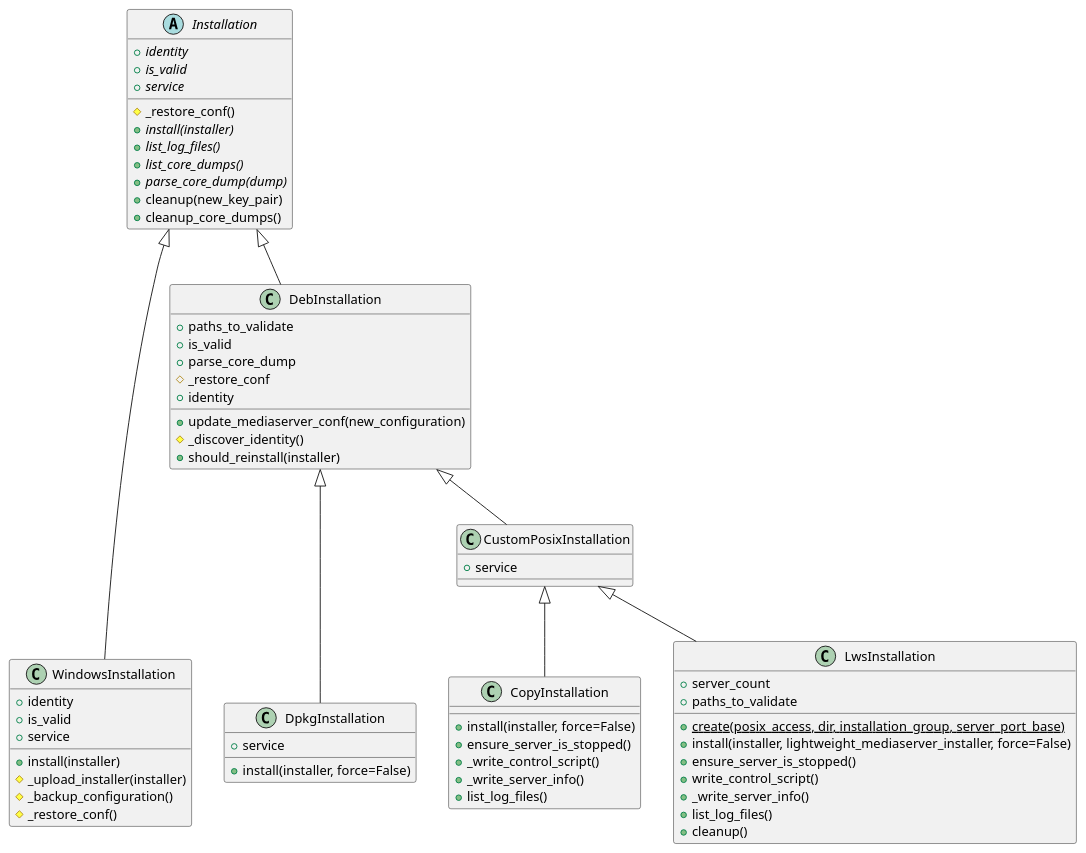
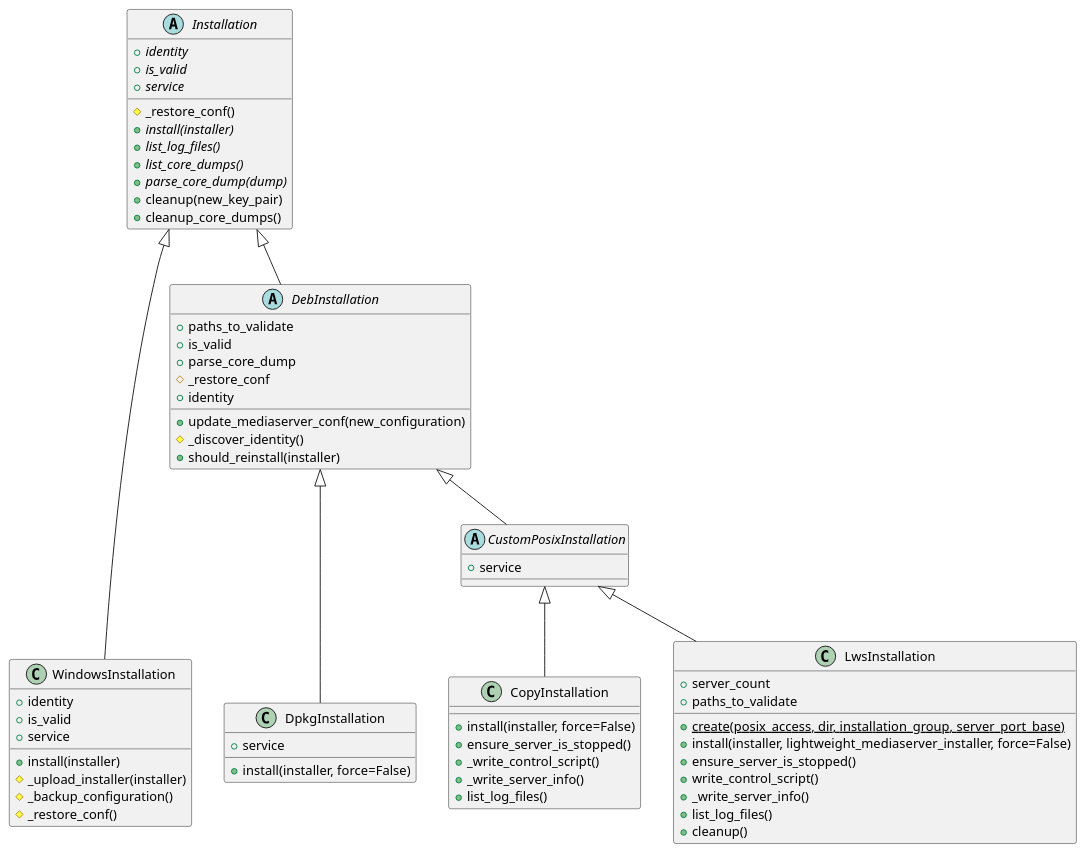
Before and after one commit to networkoptix/nx_open: the diagram in func_tests/framework/installation/installation.puml, drawn with PlantUML.

Commit message:
FT-31, VMS-CR-11393: Mark abstract classes properly
<==== Mercurial data ====>
Branch: vms

```diff
--- a/func_tests/framework/installation/installation.puml
+++ b/func_tests/framework/installation/installation.puml
@@ -1,72 +1,72 @@
 @startuml
 
 abstract Installation {
     + {abstract} identity
     + {abstract} is_valid
     + {abstract} service
     # _restore_conf()
     + {abstract} install(installer)
     + {abstract} list_log_files()
     + {abstract} list_core_dumps()
     + {abstract} parse_core_dump(dump)
     + cleanup(new_key_pair)
     + cleanup_core_dumps()
 }
 
 Installation <|---- WindowsInstallation
 class WindowsInstallation {
     + identity
     + is_valid
     + service
     + install(installer)
     # _upload_installer(installer)
     # _backup_configuration()
     # _restore_conf()
 }
 
 Installation <|-- DebInstallation
-class DebInstallation {
+abstract DebInstallation {
     + paths_to_validate
     + is_valid
     + parse_core_dump
     # _restore_conf
     + update_mediaserver_conf(new_configuration)
     + identity
     # _discover_identity()
     + should_reinstall(installer)
 }
 
 DebInstallation <|--- DpkgInstallation
 class DpkgInstallation {
     + service
     + install(installer, force=False)
 }
 
 DebInstallation <|-- CustomPosixInstallation
-class CustomPosixInstallation {
+abstract CustomPosixInstallation {
     + service
 }
 
 CustomPosixInstallation <|-- CopyInstallation
 class CopyInstallation {
     + install(installer, force=False)
     + ensure_server_is_stopped()
     + _write_control_script()
     + _write_server_info()
     + list_log_files()
 }
 
 CustomPosixInstallation <|-- LwsInstallation
 class LwsInstallation {
     + {static} create(posix_access, dir, installation_group, server_port_base)
     + server_count
     + paths_to_validate
     + install(installer, lightweight_mediaserver_installer, force=False)
     + ensure_server_is_stopped()
     + write_control_script()
     + _write_server_info()
     + list_log_files()
     + cleanup()
 }
 
 @enduml
```
